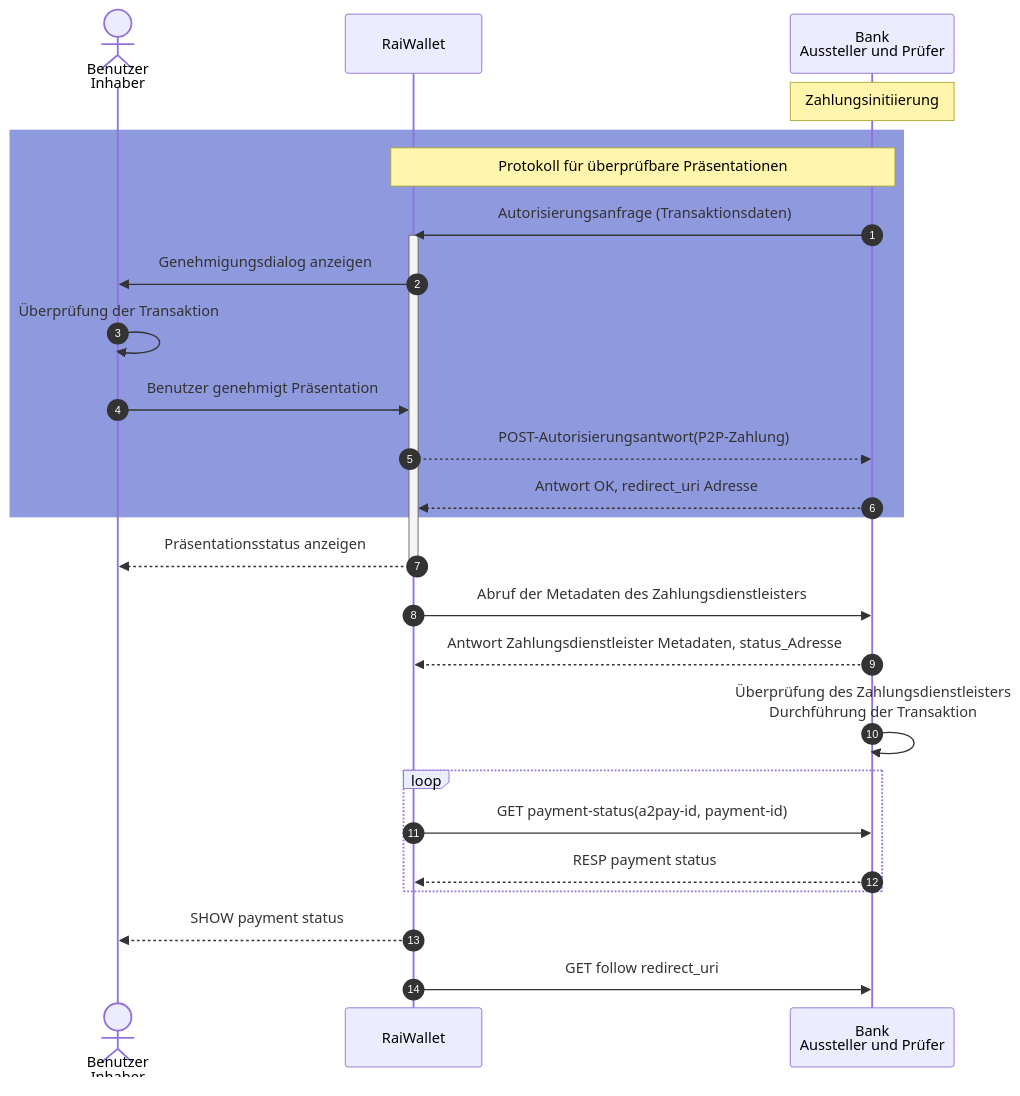
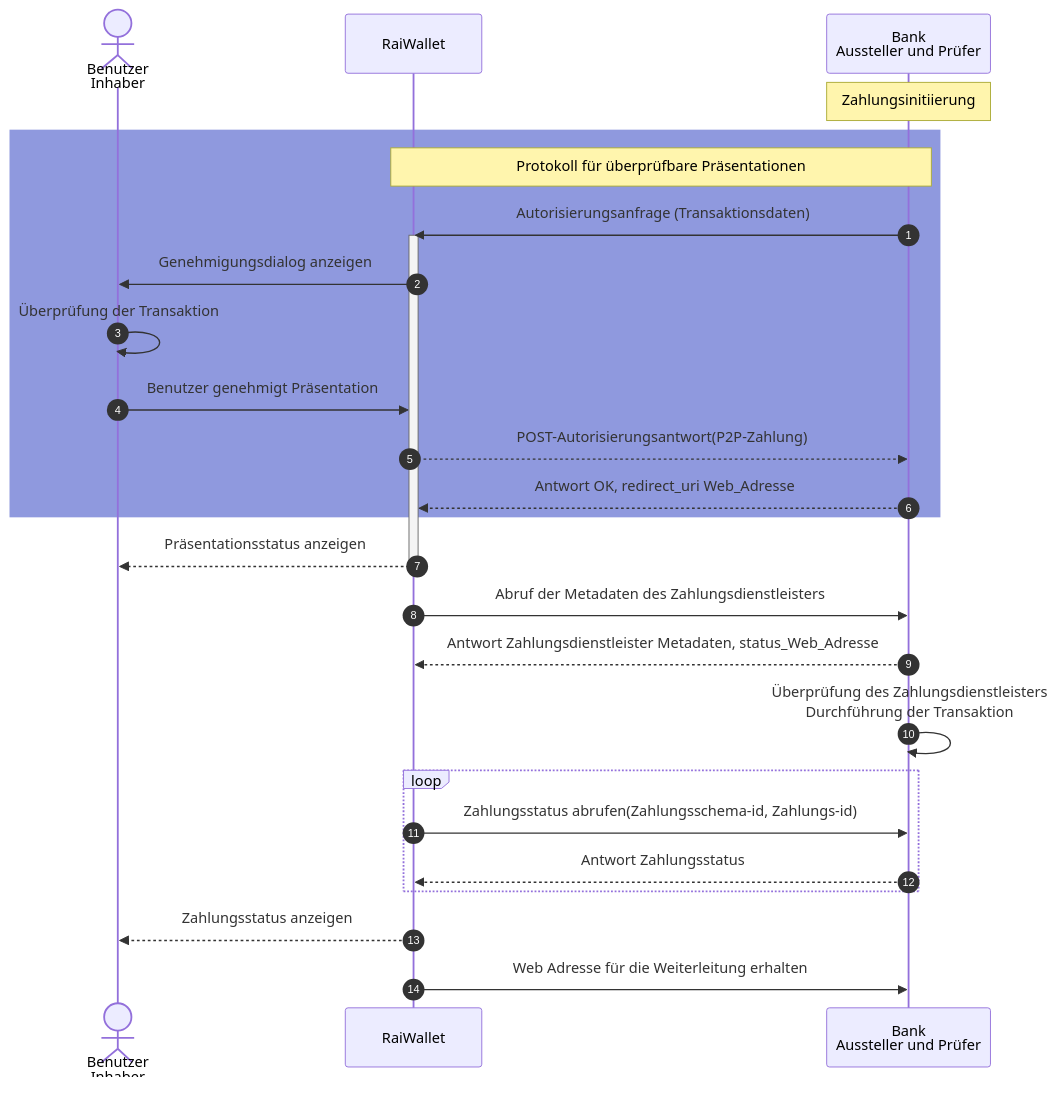
The diagram in readme.md (frogman/tomcat), drawn with Mermaid before and after one commit.

````diff
--- a/readme.md
+++ b/readme.md
@@ -1,33 +1,33 @@
 ```mermaid
 
 sequenceDiagram
     autonumber
     actor user as Benutzer<br/>Inhaber
     participant wallet as RaiWallet 
     participant psp as Bank<br/>Aussteller und Prüfer
 
     Note over psp: Zahlungsinitiierung
     rect rgb(143, 153, 222)
     note over wallet, psp: Protokoll für überprüfbare Präsentationen
     psp ->> wallet: Autorisierungsanfrage (Transaktionsdaten)
     activate wallet
     wallet ->> user: Genehmigungsdialog anzeigen
     user ->> user: Überprüfung der Transaktion
     user ->> wallet: Benutzer genehmigt Präsentation
     wallet -->> psp: POST-Autorisierungsantwort(P2P-Zahlung)
-    psp -->> wallet: Antwort OK, redirect_uri Adresse
+    psp -->> wallet: Antwort OK, redirect_uri Web_Adresse
     end
     wallet -->> user: Präsentationsstatus anzeigen
     deactivate wallet
     wallet ->> psp: Abruf der Metadaten des Zahlungsdienstleisters
-    psp -->> wallet: Antwort Zahlungsdienstleister Metadaten, status_Adresse
+    psp -->> wallet: Antwort Zahlungsdienstleister Metadaten, status_Web_Adresse
     psp ->> psp: Überprüfung des Zahlungsdienstleisters <br/> Durchführung der Transaktion
     loop
-    wallet ->> psp: GET payment-status(a2pay-id, payment-id)
+    wallet ->> psp: Zahlungsstatus abrufen(Zahlungsschema-id, Zahlungs-id)
 
-    psp -->> wallet: RESP payment status 
+    psp -->> wallet: Antwort Zahlungsstatus 
     end
-    wallet -->> user: SHOW payment status
-    wallet ->> psp: GET follow redirect_uri
+    wallet -->> user: Zahlungsstatus anzeigen
+    wallet ->> psp: Web Adresse für die Weiterleitung erhalten
 
 ```
````
